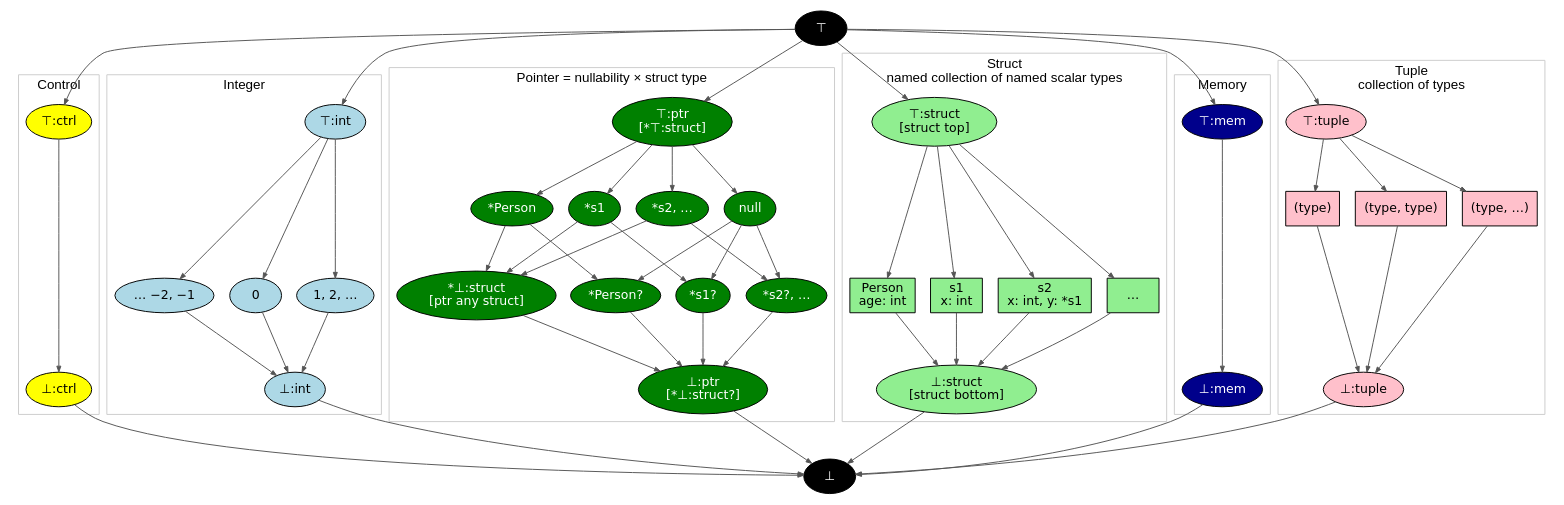
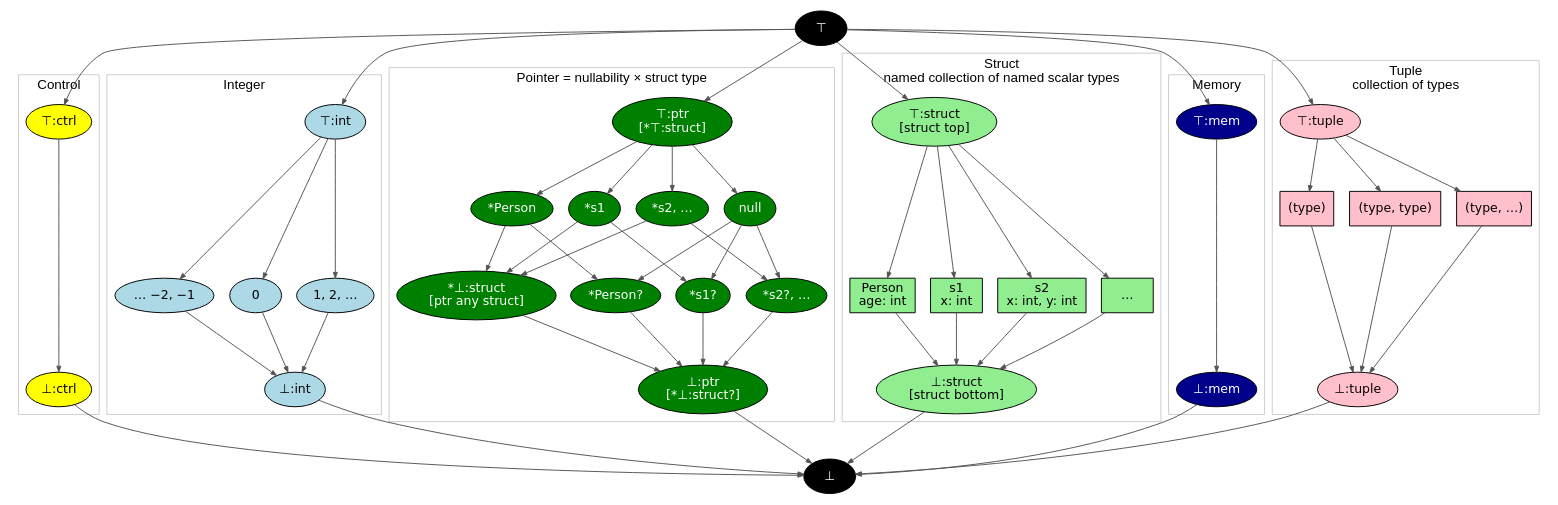
One commit to SeaOfNodes/Simple changed the diagram in chapter10a/docs/lattice.gv. Above: the diagram before and after it, drawn with Graphviz. The commit also changed 175 other files, not shown here.

```diff
--- a/chapter10a/docs/lattice.gv
+++ b/chapter10a/docs/lattice.gv
@@ -1,108 +1,108 @@
 digraph Lattice {
     rankdir=TB;
     newrank=true;
     // Preserve the same-rank ordering edges through cluster layout.
     remincross=false;
     nodesep=0.22;
     ranksep=0.65;
     node [shape=ellipse, style=filled, fontname="DejaVu Sans", fontsize=13];
     edge [color="#555555", arrowsize=0.6];
 
     // These arrows are lattice-order edges, not use/definition edges.
     TOP [label="⊤", fillcolor=black, fontcolor=white];
     BOT [label="⊥", fillcolor=black, fontcolor=white];
 
     subgraph cluster_control {
         label="Control"; fontname="Arial"; color="#cccccc";
         node [fillcolor="#ffff00"];
         XCTRL [label="⊤:ctrl"];
         CTRL [label="⊥:ctrl"];
         XCTRL -> CTRL;
     }
 
     subgraph cluster_integer {
         label="Integer"; fontname="Arial"; color="#cccccc";
         node [fillcolor="#add8e6"];
         INT_TOP [label="⊤:int"];
         INT_BOT [label="⊥:int"];
         INT_NEG [label="… −2, −1"];
         INT_ZERO [label="0"];
         INT_POS [label="1, 2, …"];
         {rank=same; INT_NEG; INT_ZERO; INT_POS;}
         INT_NEG -> INT_ZERO -> INT_POS [style=invis];
         INT_TOP -> {INT_NEG INT_ZERO INT_POS};
         {INT_NEG INT_ZERO INT_POS} -> INT_BOT;
     }
 
     subgraph cluster_pointer {
         label="Pointer = nullability × struct type";
         fontname="Arial"; color="#cccccc";
         node [fillcolor="#008000", fontcolor=white];
         PTR_TOP [label="⊤:ptr\n[*⊤:struct]"];
         PTR_BOT [label="⊥:ptr\n[*⊥:struct?]"];
         PTR_NULL [label="null"];
         PTR_ANY [label="*⊥:struct\n[ptr any struct]"];
         PTR_PERSON [label="*Person"];
         PTR_S1 [label="*s1"];
         PTR_MORE [label="*s2, …"];
         PTR_PERSON_NIL [label="*Person?"];
         PTR_S1_NIL [label="*s1?"];
         PTR_MORE_NIL [label="*s2?, …"];
         {rank=same; PTR_PERSON; PTR_S1; PTR_MORE; PTR_NULL;}
         {rank=same; PTR_ANY; PTR_PERSON_NIL; PTR_S1_NIL; PTR_MORE_NIL;}
         PTR_PERSON -> PTR_S1 -> PTR_MORE -> PTR_NULL [style=invis];
         PTR_ANY -> PTR_PERSON_NIL -> PTR_S1_NIL -> PTR_MORE_NIL [style=invis];
         PTR_TOP -> {PTR_PERSON PTR_S1 PTR_MORE PTR_NULL};
         {PTR_PERSON PTR_S1 PTR_MORE} -> PTR_ANY;
         PTR_PERSON -> PTR_PERSON_NIL;
         PTR_S1 -> PTR_S1_NIL;
         PTR_MORE -> PTR_MORE_NIL;
         PTR_NULL -> {PTR_PERSON_NIL PTR_S1_NIL PTR_MORE_NIL};
         {PTR_ANY PTR_PERSON_NIL PTR_S1_NIL PTR_MORE_NIL} -> PTR_BOT;
     }
 
     subgraph cluster_struct {
         label="Struct\nnamed collection of named scalar types";
         fontname="Arial"; color="#cccccc";
         node [fillcolor="#90ee90"];
         STRUCT_TOP [label="⊤:struct\n[struct top]"];
         STRUCT_BOT [label="⊥:struct\n[struct bottom]"];
         STRUCT_PERSON [label="Person\nage: int", shape=box];
         STRUCT_S1 [label="s1\nx: int", shape=box];
-        STRUCT_S2 [label="s2\nx: int, y: *s1", shape=box];
+        STRUCT_S2 [label="s2\nx: int, y: int", shape=box];
         STRUCT_MORE [label="…", shape=box];
         {rank=same; STRUCT_PERSON; STRUCT_S1; STRUCT_S2; STRUCT_MORE;}
         STRUCT_PERSON -> STRUCT_S1 -> STRUCT_S2 -> STRUCT_MORE [style=invis];
         STRUCT_TOP -> {STRUCT_PERSON STRUCT_S1 STRUCT_S2 STRUCT_MORE};
         {STRUCT_PERSON STRUCT_S1 STRUCT_S2 STRUCT_MORE} -> STRUCT_BOT;
     }
 
     subgraph cluster_memory {
         label="Memory"; fontname="Arial"; color="#cccccc";
         node [fillcolor="#00008b", fontcolor=white];
         MEM_TOP [label="⊤:mem"];
         MEM_BOT [label="⊥:mem"];
         MEM_TOP -> MEM_BOT;
     }
 
     subgraph cluster_tuple {
         label="Tuple\ncollection of types";
         fontname="Arial"; color="#cccccc";
         node [fillcolor="#ffc0cb"];
         TUPLE_TOP [label="⊤:tuple"];
         TUPLE_BOT [label="⊥:tuple"];
         TUPLE1 [label="(type)", shape=box];
         TUPLE2 [label="(type, type)", shape=box];
         TUPLEN [label="(type, …)", shape=box];
         {rank=same; TUPLE1; TUPLE2; TUPLEN;}
         TUPLE1 -> TUPLE2 -> TUPLEN [style=invis];
         TUPLE_TOP -> {TUPLE1 TUPLE2 TUPLEN};
         {TUPLE1 TUPLE2 TUPLEN} -> TUPLE_BOT;
     }
 
     TOP -> {XCTRL INT_TOP PTR_TOP STRUCT_TOP MEM_TOP TUPLE_TOP};
     {CTRL INT_BOT PTR_BOT STRUCT_BOT MEM_BOT TUPLE_BOT} -> BOT;
     {rank=same; XCTRL; INT_TOP; PTR_TOP; STRUCT_TOP; MEM_TOP; TUPLE_TOP;}
     {rank=same; CTRL; INT_BOT; PTR_BOT; STRUCT_BOT; MEM_BOT; TUPLE_BOT;}
     XCTRL -> INT_TOP -> PTR_TOP -> STRUCT_TOP -> MEM_TOP -> TUPLE_TOP [style=invis];
 }
```
